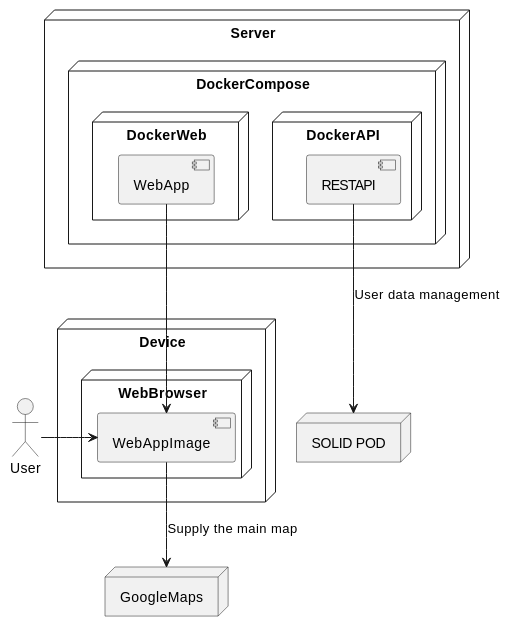
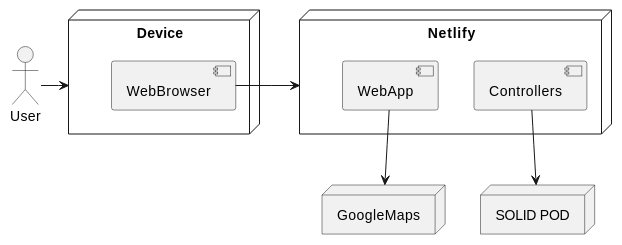
Before and after one commit to Arquisoft/lomap_es1c: the diagram in docs/07_deployment_view.adoc, drawn with PlantUML. The commit also changed other lines of this file and 6 other files, not shown here.

```diff
--- a/docs/07_deployment_view.adoc
+++ b/docs/07_deployment_view.adoc
@@ -50,29 +50,21 @@
 [plantuml,"Infrastructure",png]
 ----
 Actor User
 
 node Device {
-    node WebBrowser {
-        component WebAppImage
-    }
+    component WebBrowser 
 }
 
-node Server{
-    node DockerCompose{
-        node DockerWeb{
-            component WebApp
-        } 
-        node DockerAPI{
-            component RESTAPI
-        }
-    }
+node Netlify{
+    component WebApp
+    component Controllers
 }
 
 node sl as "SOLID POD"
 node GoogleMaps
 
-User -r-> WebAppImage 
-RESTAPI -d-> sl : User data management
-WebAppImage -d-> GoogleMaps: Supply the main map
-WebApp -d-> WebAppImage 
+User -r-> Device 
+WebBrowser -r-> Netlify
+WebApp -d-> GoogleMaps 
+Controllers -d-> sl
 ----
```
